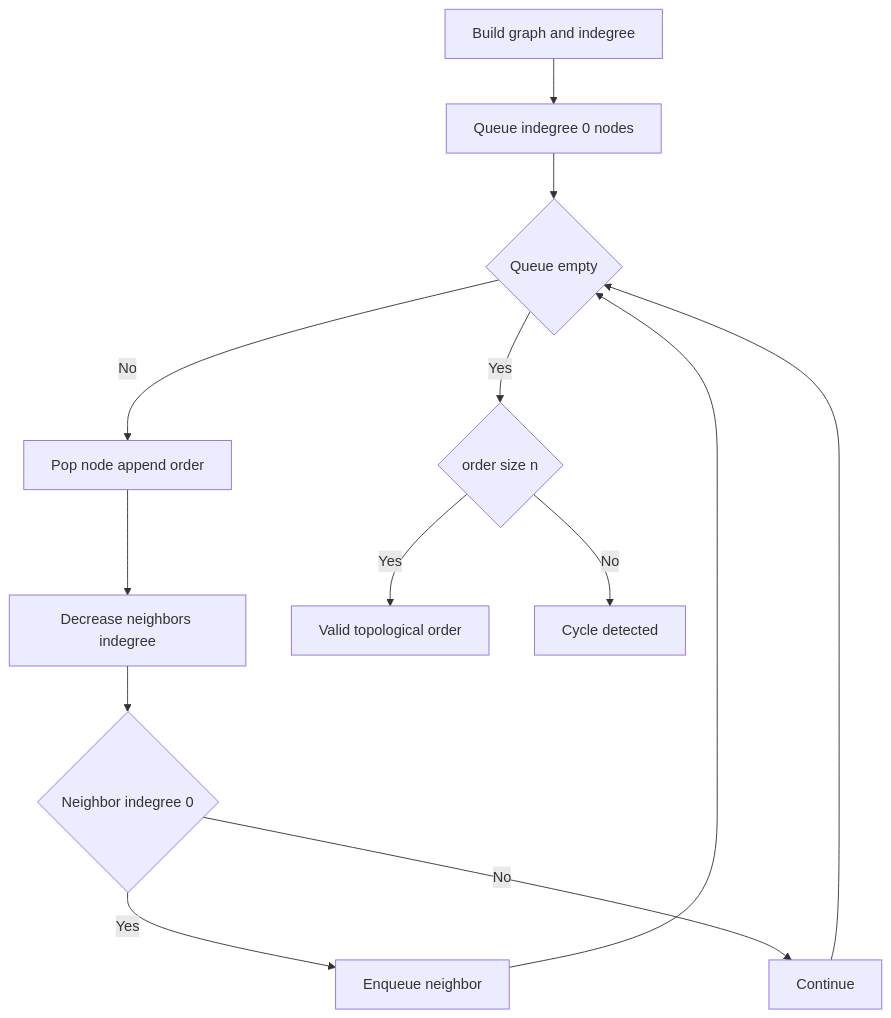
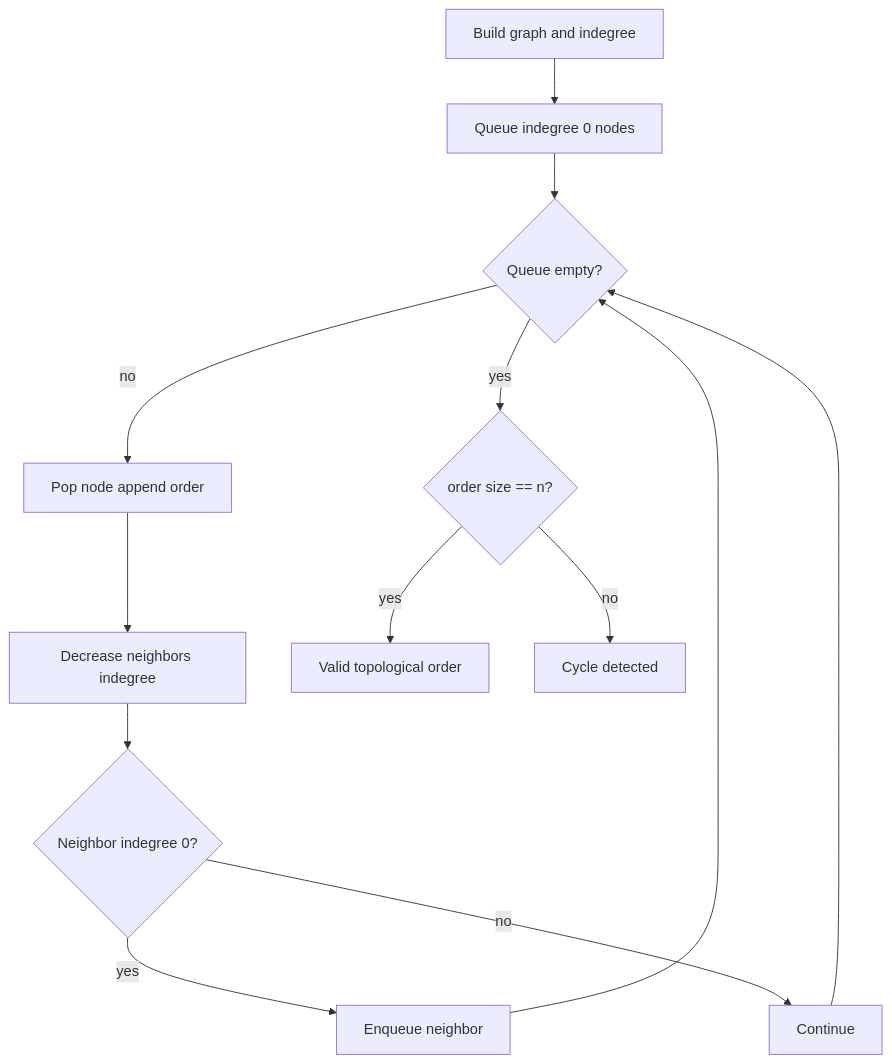
Before and after one commit to choisimo/document: the diagram in content/docs/algorithms/algorithm-architect/10-topological-sort/01-topological-sort.md, drawn with Mermaid. The commit also changed other lines of this file and 432 other files, not shown here.

````diff
--- a/content/docs/algorithms/algorithm-architect/10-topological-sort/01-topological-sort.md
+++ b/content/docs/algorithms/algorithm-architect/10-topological-sort/01-topological-sort.md
@@ -12,15 +73,15 @@
 ```mermaid
 flowchart TD
     A[Build graph and indegree] --> B[Queue indegree 0 nodes]
-    B --> C{Queue empty}
-    C -- No --> D[Pop node append order]
+    B --> C{Queue empty?}
+    C -- no --> D[Pop node append order]
     D --> E[Decrease neighbors indegree]
-    E --> F{Neighbor indegree 0}
-    F -- Yes --> G[Enqueue neighbor]
-    F -- No --> H[Continue]
+    E --> F{Neighbor indegree 0?}
+    F -- yes --> G[Enqueue neighbor]
+    F -- no --> H[Continue]
     G --> C
     H --> C
-    C -- Yes --> I{order size n}
-    I -- Yes --> J[Valid topological order]
-    I -- No --> K[Cycle detected]
+    C -- yes --> I{order size == n?}
+    I -- yes --> J[Valid topological order]
+    I -- no --> K[Cycle detected]
 ```
````
